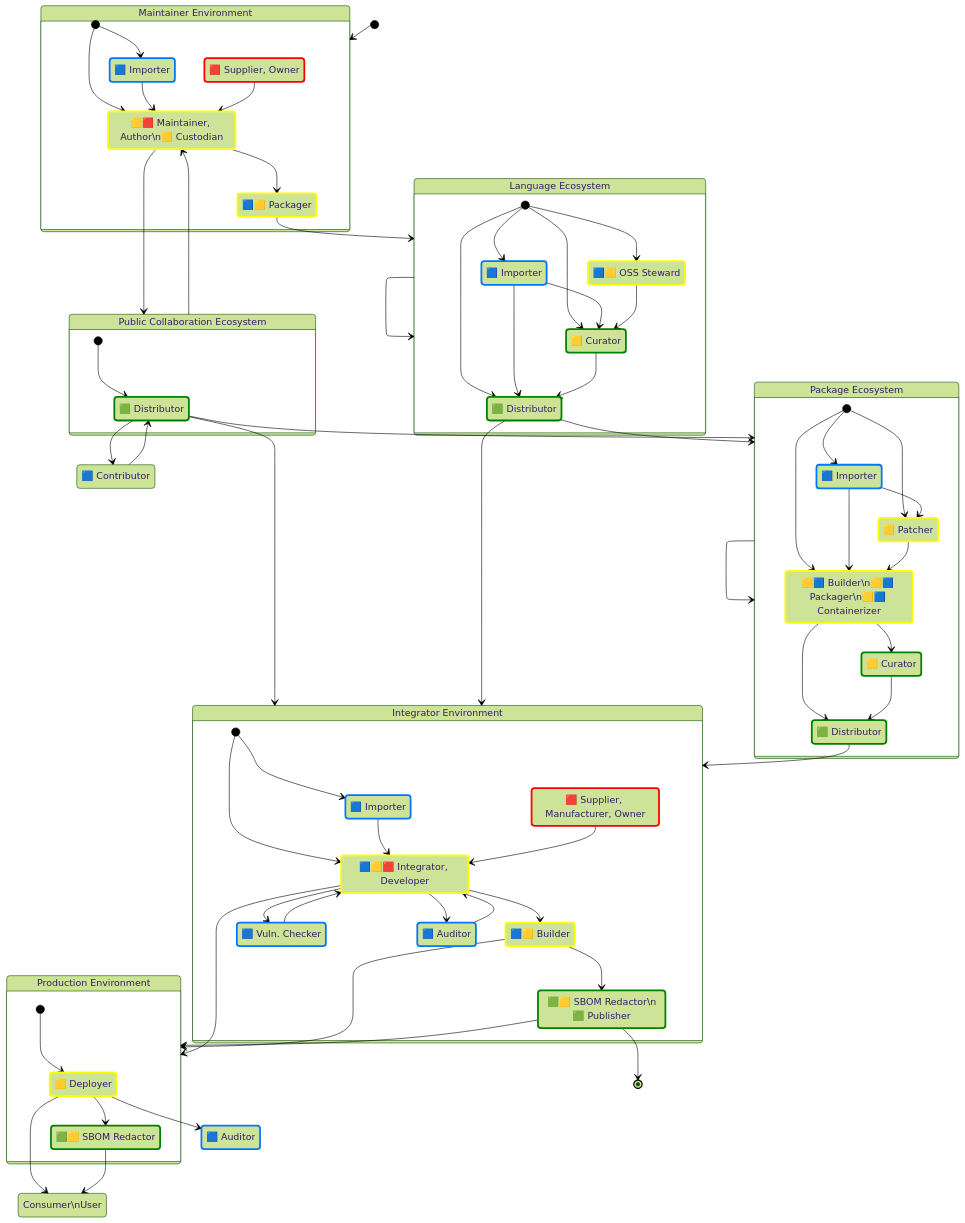
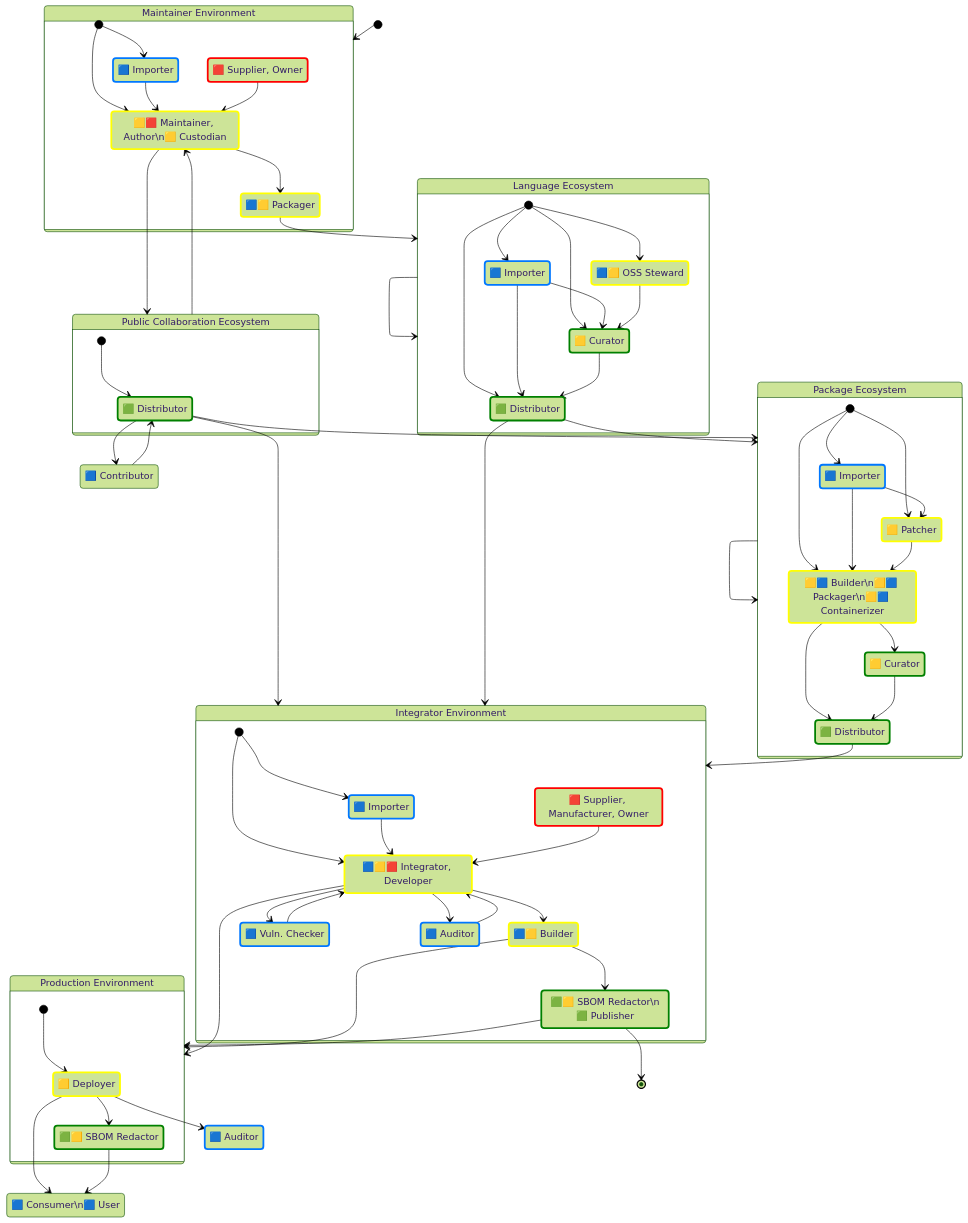
The first of 4 diagrams in docs/supplychain-sbom.md (CPAN-Security/security.metacpan.org), drawn with Mermaid (forest theme) before and after one commit. The commit also changed other lines of this file, not shown here.

```diff
--- a/docs/supplychain-sbom.md
+++ b/docs/supplychain-sbom.md
@@ -64,7 +64,7 @@
     state "🟨 Deployer" as deployer
     state "🟦 Vuln. Checker" as integrator_checker
     state "🟩🟨 SBOM Redactor" as redactor
-    state "Consumer\nUser" as consumer
+    state "🟦 Consumer\n🟦 User" as consumer
     state "🟦 Auditor" as auditor_internal
     state "🟦 Auditor" as auditor_external
 
```
